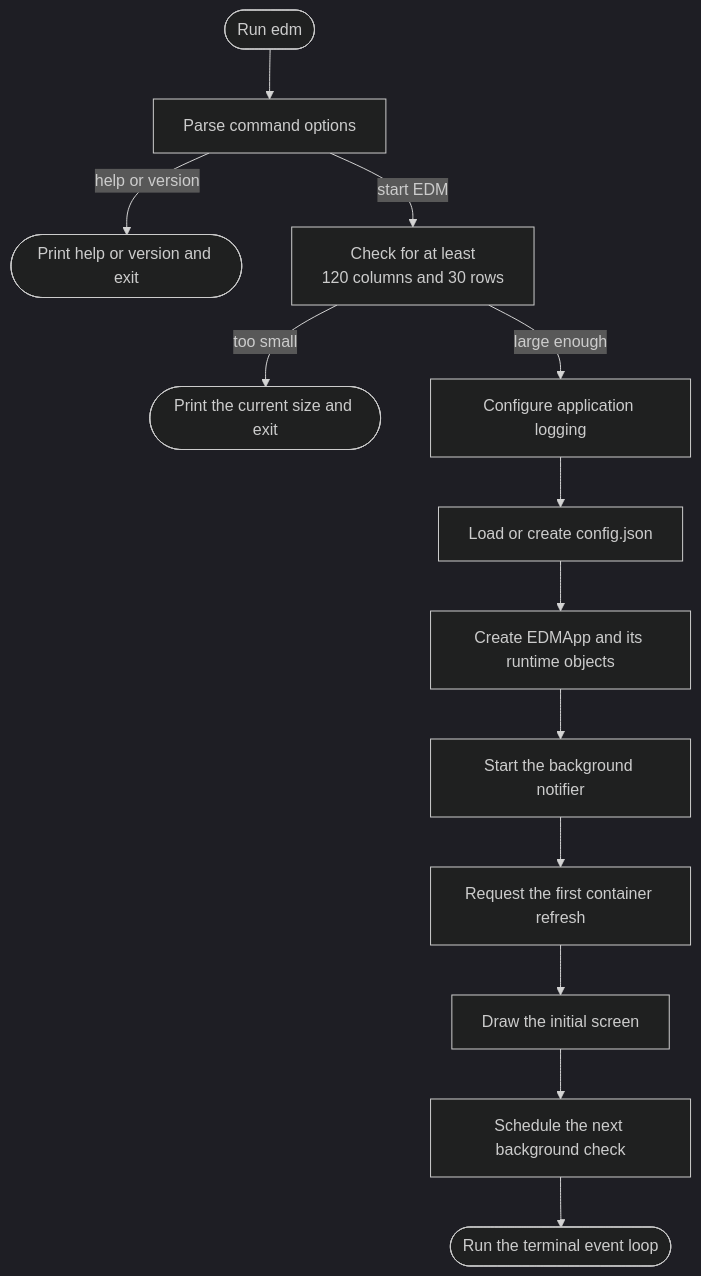
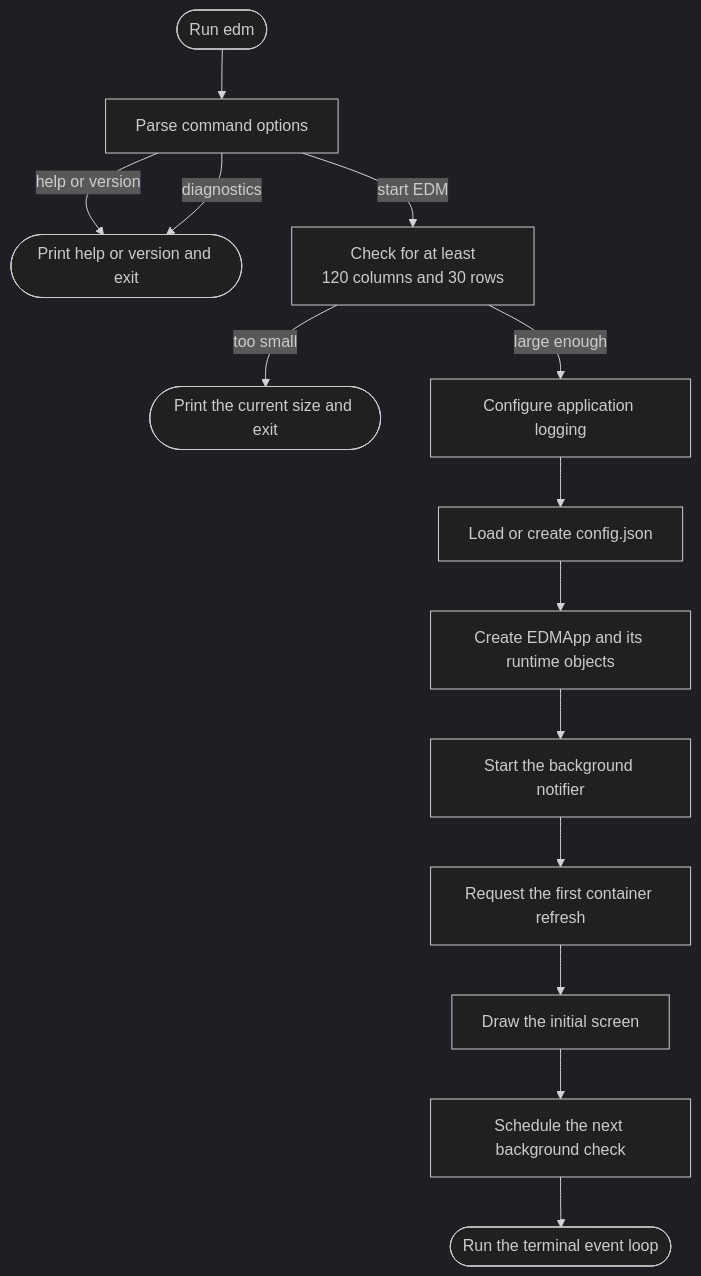
One commit to arabnejad/edm changed the second of 5 diagrams in DEVELOPMENT_GUIDE.md. Above: the diagram before and after it, drawn with Mermaid (dark theme). The commit also changed other lines of this file and 23 other files, not shown here.

````diff
--- a/DEVELOPMENT_GUIDE.md
+++ b/DEVELOPMENT_GUIDE.md
@@ -184,23 +184,24 @@
 ```mermaid
 flowchart TD
     Start([Run edm])
     ParseOptions[Parse command options]
     ShowInfo([Print help or version and exit])
     CheckTerminal[Check for at least<br/>120 columns and 30 rows]
     SizeError([Print the current size and exit])
     Logging[Configure application logging]
     LoadConfig[Load or create config.json]
     BuildApp[Create EDMApp and its runtime objects]
     StartNotifier[Start the background notifier]
     FirstRefresh[Request the first container refresh]
     FirstDraw[Draw the initial screen]
     StartTimer[Schedule the next background check]
     RunUI([Run the terminal event loop])
 
     Start --> ParseOptions
     ParseOptions -->|help or version| ShowInfo
+    ParseOptions -->|diagnostics| ShowInfo
     ParseOptions -->|start EDM| CheckTerminal
     CheckTerminal -->|too small| SizeError
     CheckTerminal -->|large enough| Logging --> LoadConfig --> BuildApp --> StartNotifier
     StartNotifier --> FirstRefresh --> FirstDraw --> StartTimer --> RunUI
 ```
````
